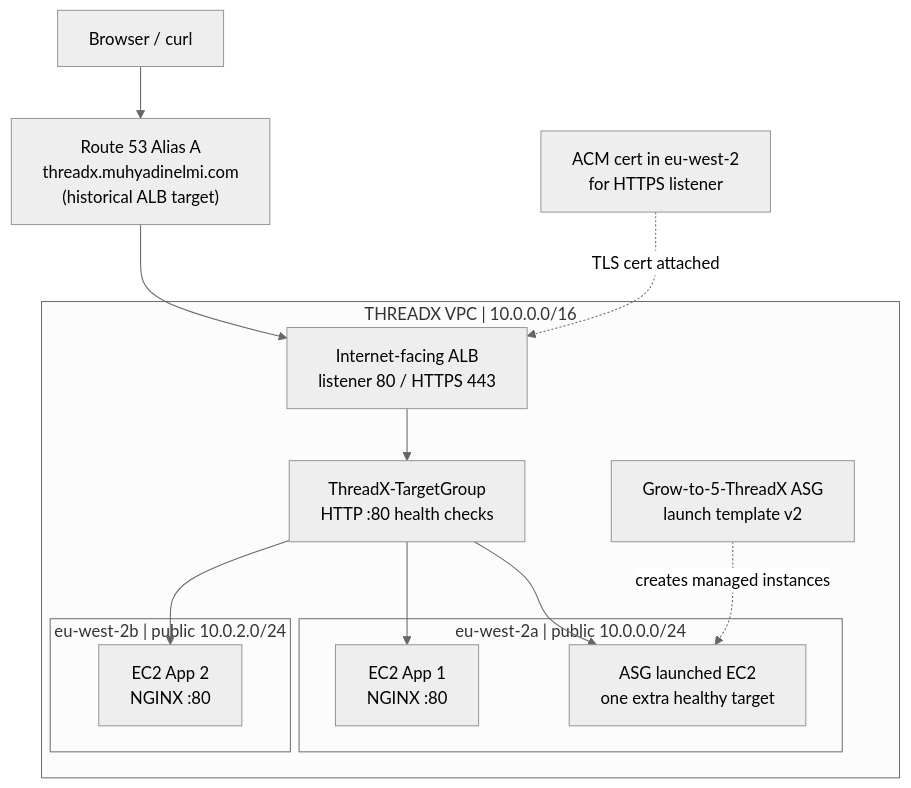
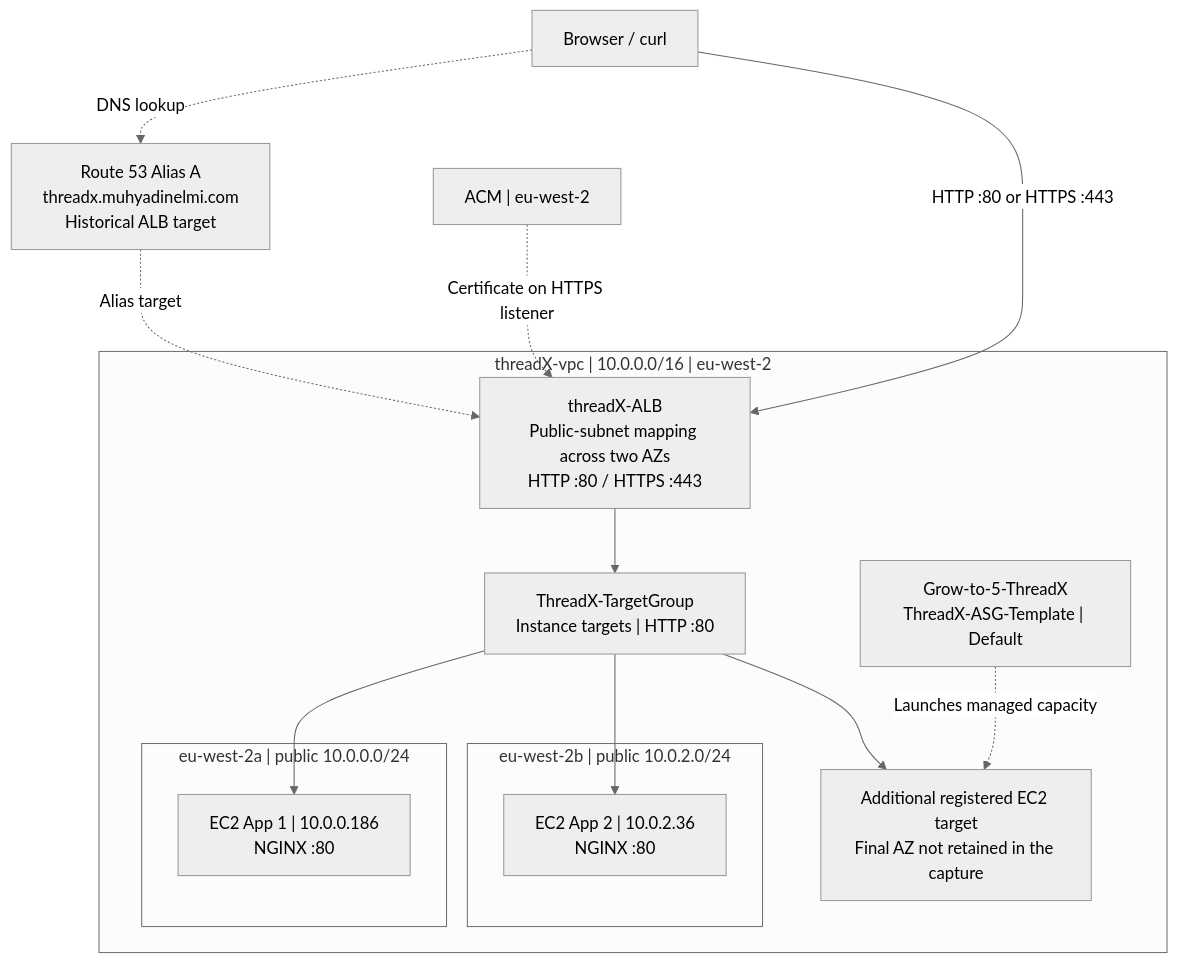
The second of 3 diagrams in ASW/zz-architecture.md (muhayadindev-dev/DevOps_Learning-), drawn with Mermaid (neutral theme) before and after one commit. The commit also changed other lines of this file and 43 other files, not shown here.

````diff
--- a/ASW/zz-architecture.md
+++ b/ASW/zz-architecture.md
@@ -37,25 +39,27 @@
 ```mermaid
 flowchart TB
-  Browser["Browser / curl"]
-  DNS["Route 53 Alias A\nthreadx.muhyadinelmi.com\n(historical ALB target)"]
-  ACM["ACM cert in eu-west-2\nfor HTTPS listener"]
-  subgraph VPC["THREADX VPC | 10.0.0.0/16"]
-    ALB["Internet-facing ALB\nlistener 80 / HTTPS 443"]
-    TG["ThreadX-TargetGroup\nHTTP :80 health checks"]
-    subgraph AZa["eu-west-2a | public 10.0.0.0/24"]
-      App1["EC2 App 1\nNGINX :80"]
-      ASGNode["ASG launched EC2\none extra healthy target"]
+    Client["Browser / curl"]
+    DNS["Route 53 Alias A<br/>threadx.muhyadinelmi.com<br/>Historical ALB target"]
+    Certificate["ACM | eu-west-2"]
+    subgraph VPC["threadX-vpc | 10.0.0.0/16 | eu-west-2"]
+        ALB["threadX-ALB<br/>Public-subnet mapping across two AZs<br/>HTTP :80 / HTTPS :443"]
+        TG["ThreadX-TargetGroup<br/>Instance targets | HTTP :80"]
+        subgraph ZoneA["eu-west-2a | public 10.0.0.0/24"]
+            App1["EC2 App 1 | 10.0.0.186<br/>NGINX :80"]
+        end
+        subgraph ZoneB["eu-west-2b | public 10.0.2.0/24"]
+            App2["EC2 App 2 | 10.0.2.36<br/>NGINX :80"]
+        end
+        ASG["Grow-to-5-ThreadX<br/>ThreadX-ASG-Template | Default"]
+        Managed["Additional registered EC2 target<br/>Final AZ not retained in the capture"]
     end
-    subgraph AZb["eu-west-2b | public 10.0.2.0/24"]
-      App2["EC2 App 2\nNGINX :80"]
-    end
-    ASG["Grow-to-5-ThreadX ASG\nlaunch template v2"]
-  end
-  Browser --> DNS --> ALB
-  ACM -. "TLS cert attached" .-> ALB
-  ALB --> TG
-  TG --> App1
-  TG --> App2
-  TG --> ASGNode
-  ASG -. "creates managed instances" .-> ASGNode
+    Client -. "DNS lookup" .-> DNS
+    DNS -. "Alias target" .-> ALB
+    Client -->|"HTTP :80 or HTTPS :443"| ALB
+    Certificate -. "Certificate on HTTPS listener" .-> ALB
+    ALB --> TG
+    TG --> App1
+    TG --> App2
+    TG --> Managed
+    ASG -. "Launches managed capacity" .-> Managed
 ```
````
